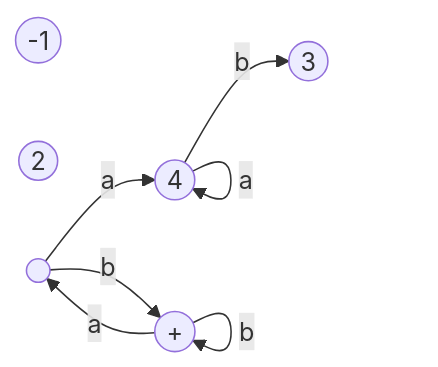
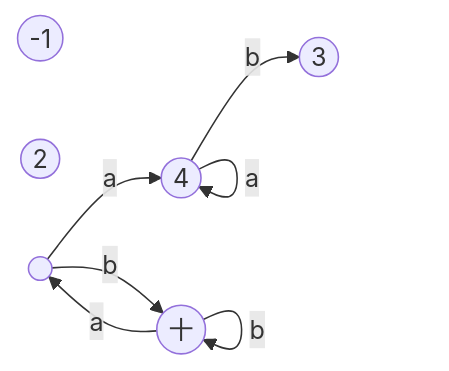
Before and after one commit to ufidon/ct: the fourth of 9 diagrams in mod2/dec.md, drawn with Mermaid. The commit also changed other lines of this file, not shown here.

Commit message:
broken mermaid and math

````diff
--- a/mod2/dec.md
+++ b/mod2/dec.md
@@ -143,16 +143,16 @@
 ```mermaid
 flowchart LR
   q1(("-1"))
   q2(("2"))
   q3(("3"))
   q4(("4"))
   q5((" "))
-  q6(("+"))
+  q6(("十"))
 
   q4-->|b|q3
   q4-->|a|q4
   q5-->|a|q4
   q5-->|b|q6
   q6-->|a|q5
   q6-->|b|q6
 ```
````
